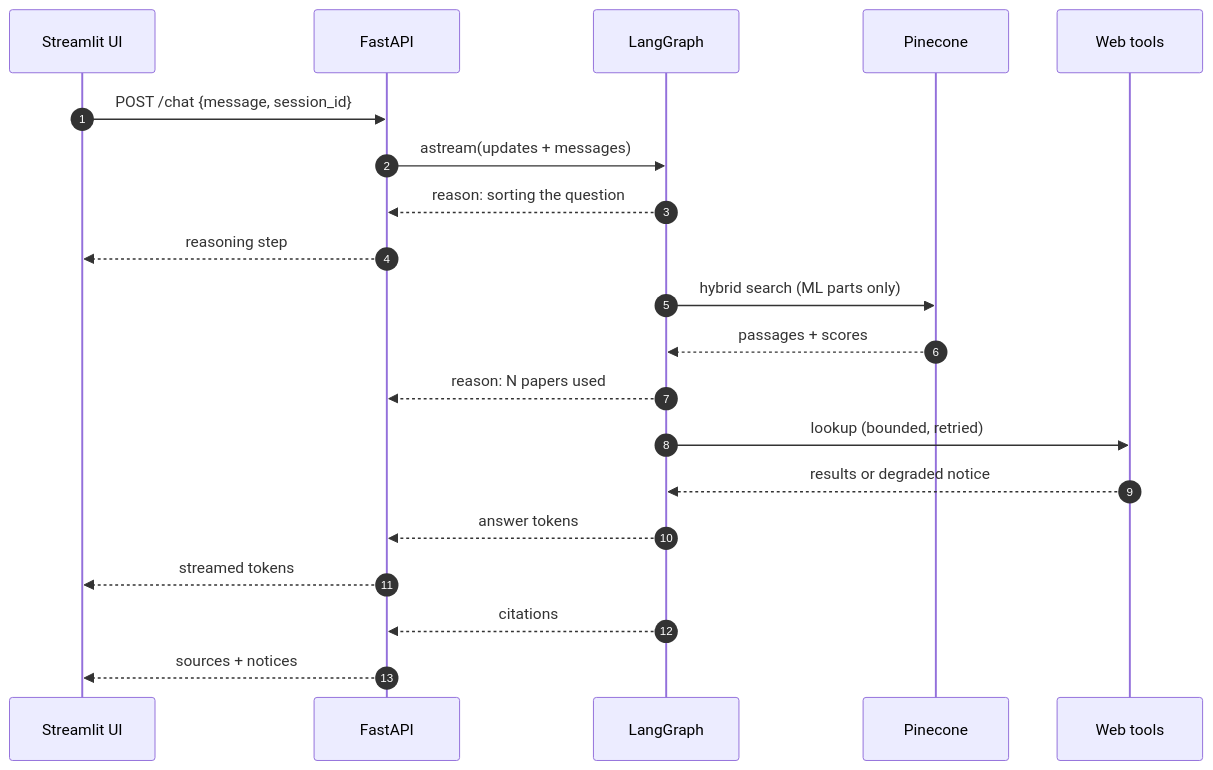
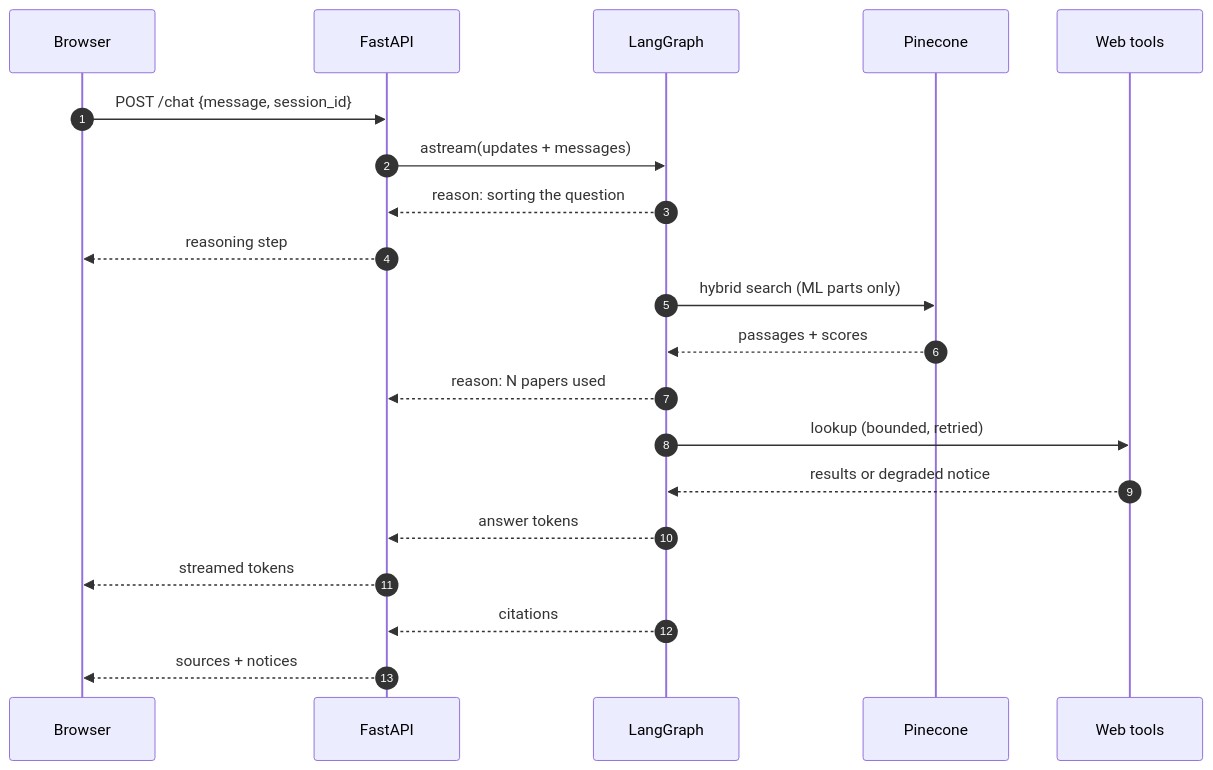
The second of 3 diagrams in README.md (Abhimanyu5100/AI_Research_RAG_Assistant), drawn with Mermaid before and after one commit. The commit also changed other lines of this file and 1 other file, not shown here.

First line of the commit message:
Add a design document recording architecture decisions

````diff
--- a/README.md
+++ b/README.md
@@ -61,23 +61,23 @@
 ```mermaid
 sequenceDiagram
     autonumber
-    participant U as Streamlit UI
+    participant U as Browser
     participant A as FastAPI
     participant G as LangGraph
     participant P as Pinecone
     participant W as Web tools
 
     U->>A: POST /chat {message, session_id}
     A->>G: astream(updates + messages)
     G-->>A: reason: sorting the question
     A-->>U: reasoning step
     G->>P: hybrid search (ML parts only)
     P-->>G: passages + scores
     G-->>A: reason: N papers used
     G->>W: lookup (bounded, retried)
     W-->>G: results or degraded notice
     G-->>A: answer tokens
     A-->>U: streamed tokens
     G-->>A: citations
     A-->>U: sources + notices
 ```
````
